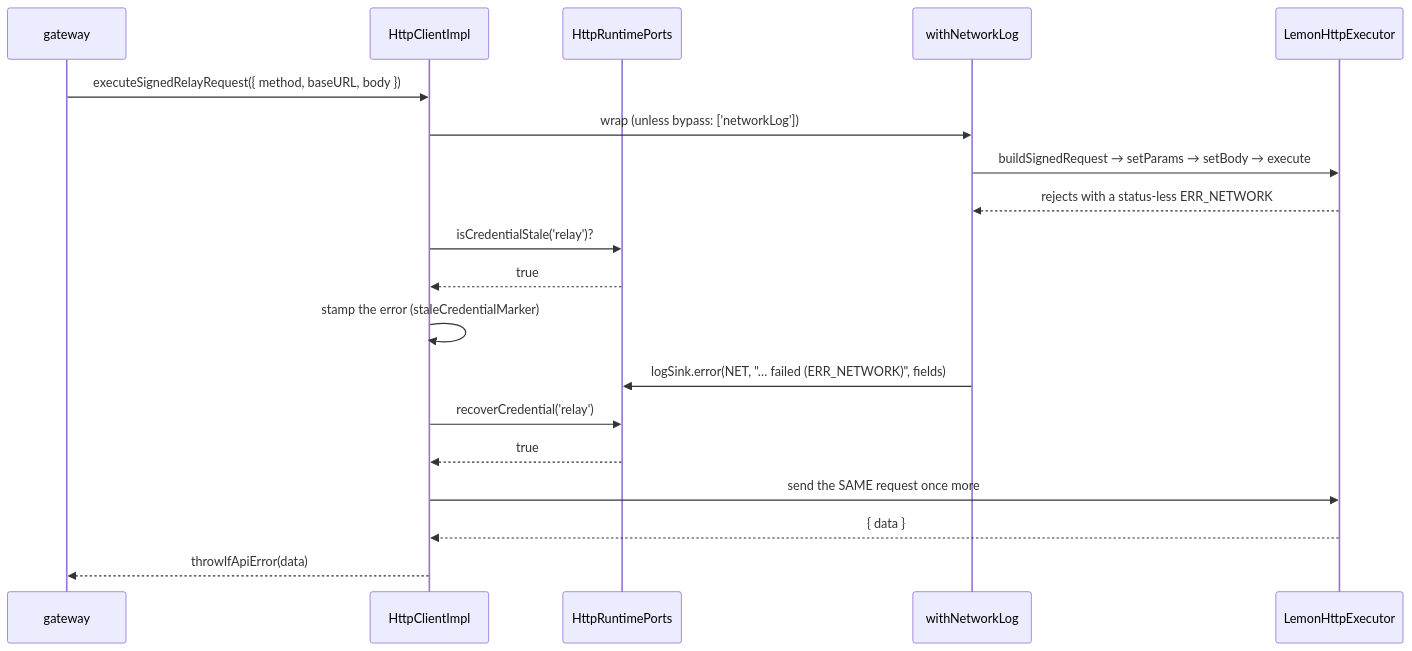
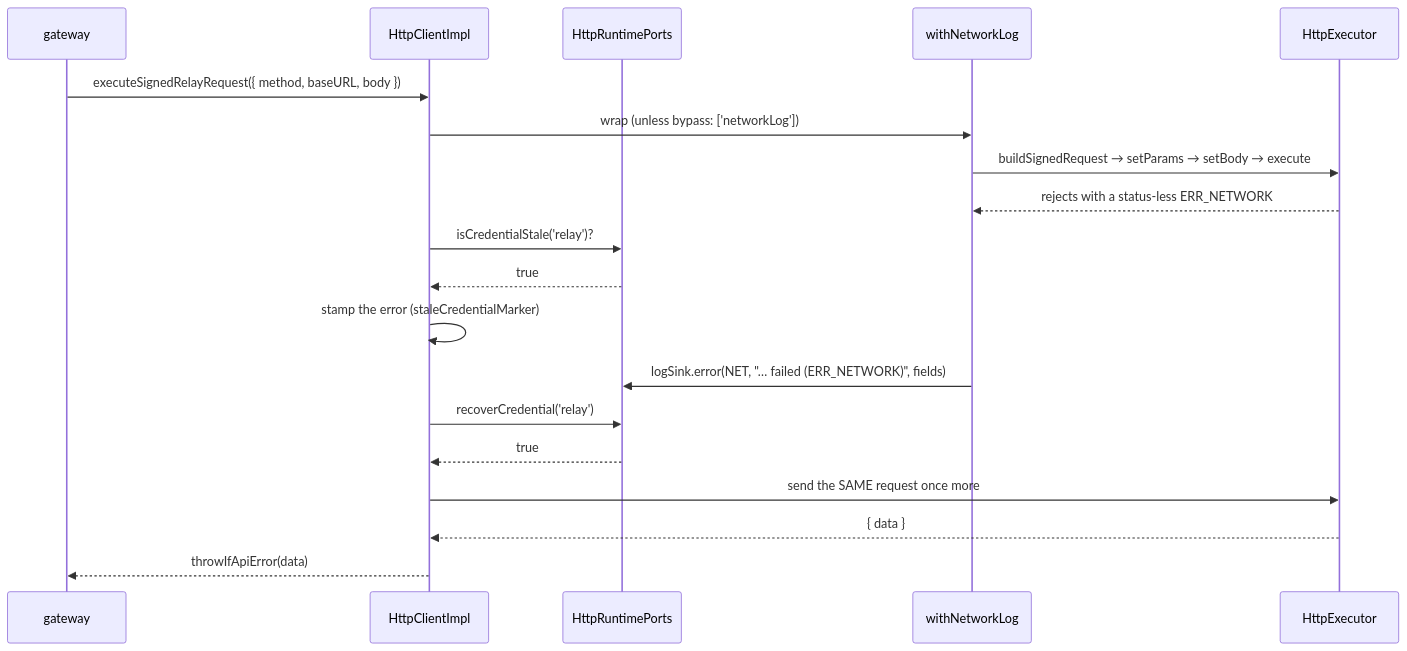
The second of 2 diagrams in libs/http/README.md (lemoncloud-io/dou-app), drawn with Mermaid before and after one commit. The commit also changed other lines of this file and 76 other files, not shown here.

First line of the commit message:
refactor(http,transport,auth,app-runtime): sign relay requests in-house, drop lemon (ADR-0298)

````diff
--- a/libs/http/README.md
+++ b/libs/http/README.md
@@ -119,22 +134,22 @@
 ```mermaid
 sequenceDiagram
     participant G as gateway
     participant C as HttpClientImpl
     participant P as HttpRuntimePorts
     participant L as withNetworkLog
-    participant E as LemonHttpExecutor
+    participant E as HttpExecutor
 
     G->>C: executeSignedRelayRequest({ method, baseURL, body })
     C->>L: wrap (unless bypass: ['networkLog'])
     L->>E: buildSignedRequest → setParams → setBody → execute
     E-->>L: rejects with a status-less ERR_NETWORK
     C->>P: isCredentialStale('relay')?
     P-->>C: true
     C->>C: stamp the error (staleCredentialMarker)
     L->>P: logSink.error(NET, "… failed (ERR_NETWORK)", fields)
     C->>P: recoverCredential('relay')
     P-->>C: true
     C->>E: send the SAME request once more
     E-->>C: { data }
     C-->>G: throwIfApiError(data)
 ```
````
